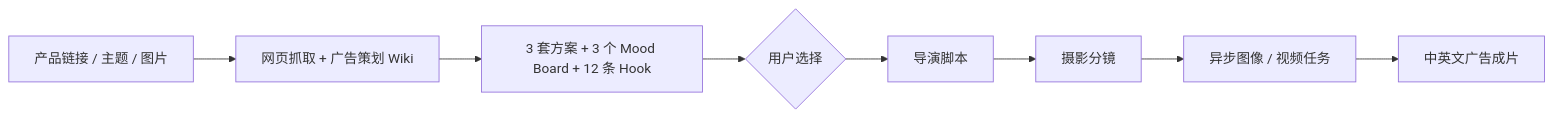
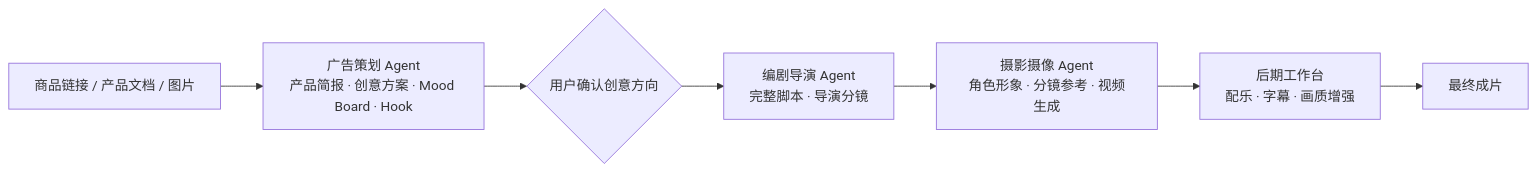
One commit to luoxiaohe0529-creator/ocean-glimmer-aigc changed the diagram in README.md. Above: the diagram before and after it, drawn with Mermaid. The commit also changed other lines of this file, not shown here.

````diff
--- a/README.md
+++ b/README.md
@@ -107,10 +100,9 @@
 ```mermaid
 flowchart LR
-  A["产品链接 / 主题 / 图片"] --> B["网页抓取 + 广告策划 Wiki"]
-  B --> C["3 套方案 + 3 个 Mood Board + 12 条 Hook"]
-  C --> D{"用户选择"}
-  D --> E["导演脚本"]
-  E --> F["摄影分镜"]
-  F --> G["异步图像 / 视频任务"]
-  G --> H["中英文广告成片"]
+  A["商品链接 / 产品文档 / 图片"] --> B["广告策划 Agent<br/>产品简报 · 创意方案 · Mood Board · Hook"]
+  B --> C{"用户确认创意方向"}
+  C --> D["编剧导演 Agent<br/>完整脚本 · 导演分镜"]
+  D --> E["摄影摄像 Agent<br/>角色形象 · 分镜参考 · 视频生成"]
+  E --> F["后期工作台<br/>配乐 · 字幕 · 画质增强"]
+  F --> G["最终成片"]
 ```
````
